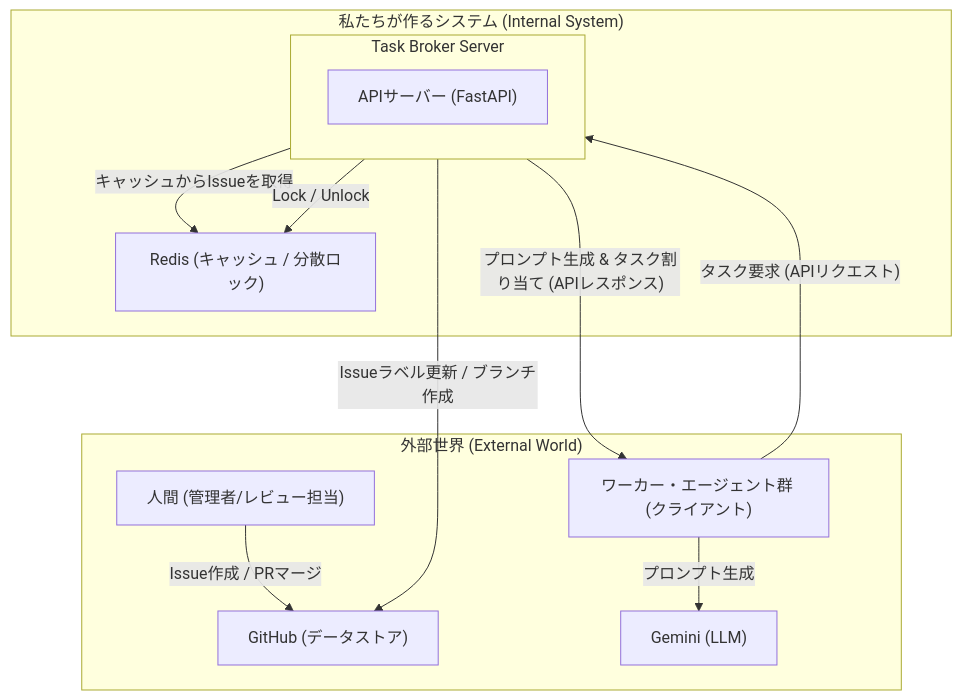
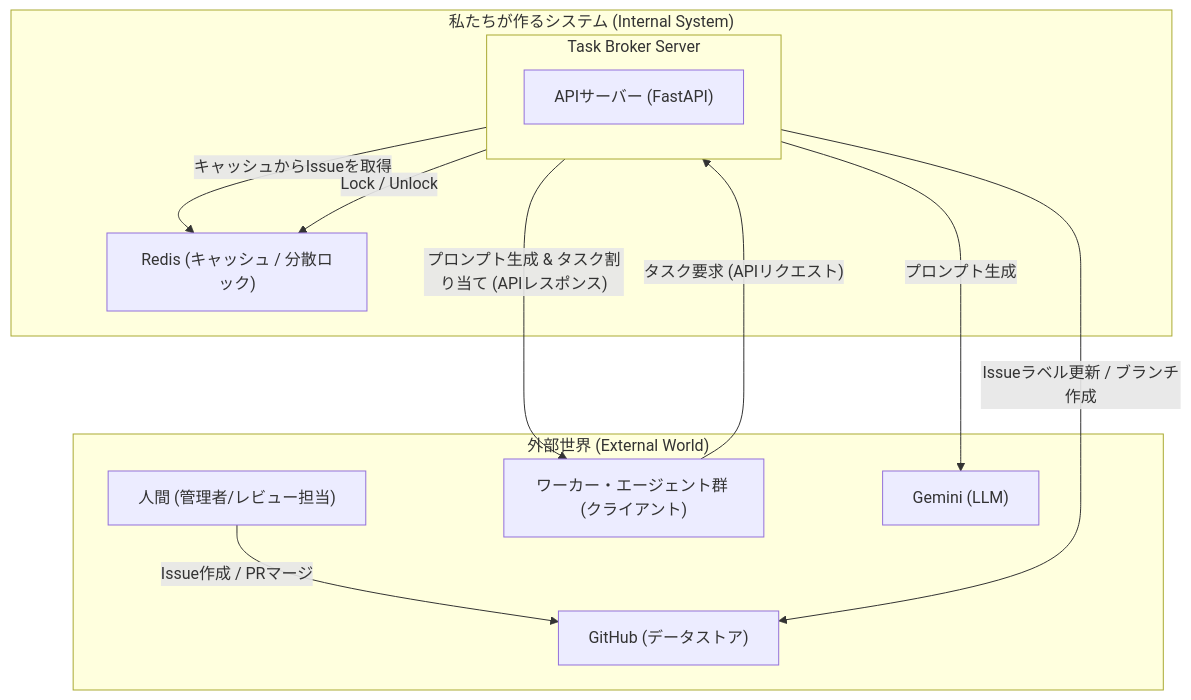
Before and after one commit to masa-codehub/github_broker: the first of 2 diagrams in docs/architecture/system_context.md, drawn with Mermaid. The commit also changed other lines of this file and 6 other files, not shown here.

First line of the commit message:
feat: Redesign prompt architecture and update documentation

````diff
--- a/docs/architecture/system_context.md
+++ b/docs/architecture/system_context.md
@@ -33,34 +33,34 @@
 ```mermaid
 graph TD
     subgraph "私たちが作るシステム (Internal System)"
         subgraph "Task Broker Server"
             direction LR
             ApiServer["APIサーバー (FastAPI)"]
         end
         Redis["Redis (キャッシュ / 分散ロック)"]
     end
 
     subgraph "外部世界 (External World)"
         Human["人間 (管理者/レビュー担当)"]
         Workers["ワーカー・エージェント群 (クライアント)"]
         GitHub["GitHub (データストア)"]
         Gemini["Gemini (LLM)"]
     end
 
     %% システム間の連携
     Human -- "Issue作成 / PRマージ" --> GitHub
     ApiServer -- "Issueラベル更新 / ブランチ作成" --> GitHub
     ApiServer -- "キャッシュからIssueを取得" --> Redis
     ApiServer -- "Lock / Unlock" --> Redis
 
     Workers -- "タスク要求 (APIリクエスト)" --> ApiServer
     ApiServer -- "プロンプト生成 & タスク割り当て (APIレスポンス)" --> Workers
-    Workers -- "プロンプト生成" --> Gemini
+    ApiServer -- "プロンプト生成" --> Gemini
 
     %% ▼▼▼ ここから追加 ▼▼▼
     %% 上下のレイアウトを固定するための、見えないリンク
     Redis --> Human
     linkStyle 7 stroke-width:0px, stroke:transparent
     %% ▲▲▲ ここまで追加 ▲▲▲
 
 ```
````
